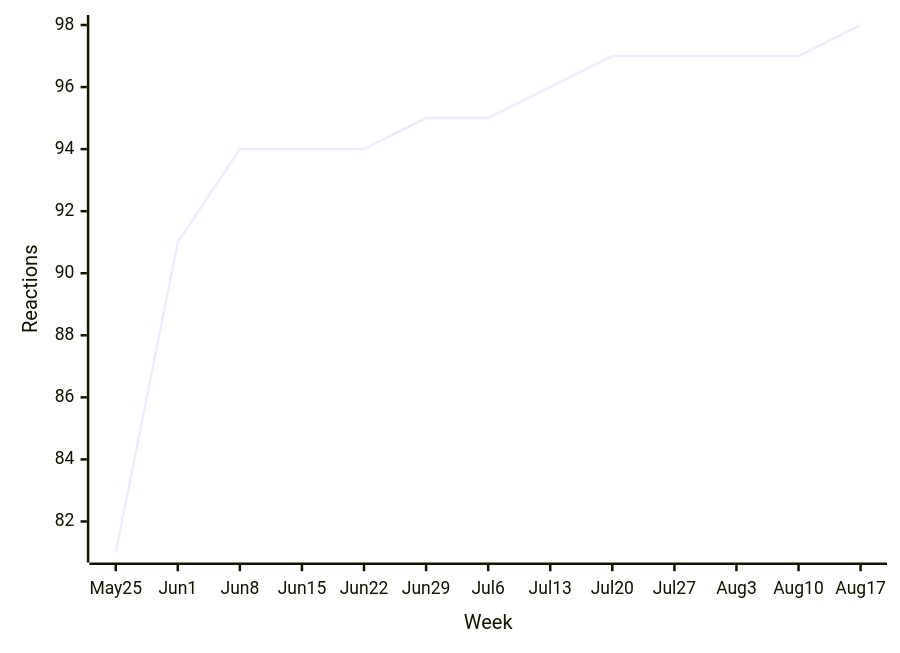
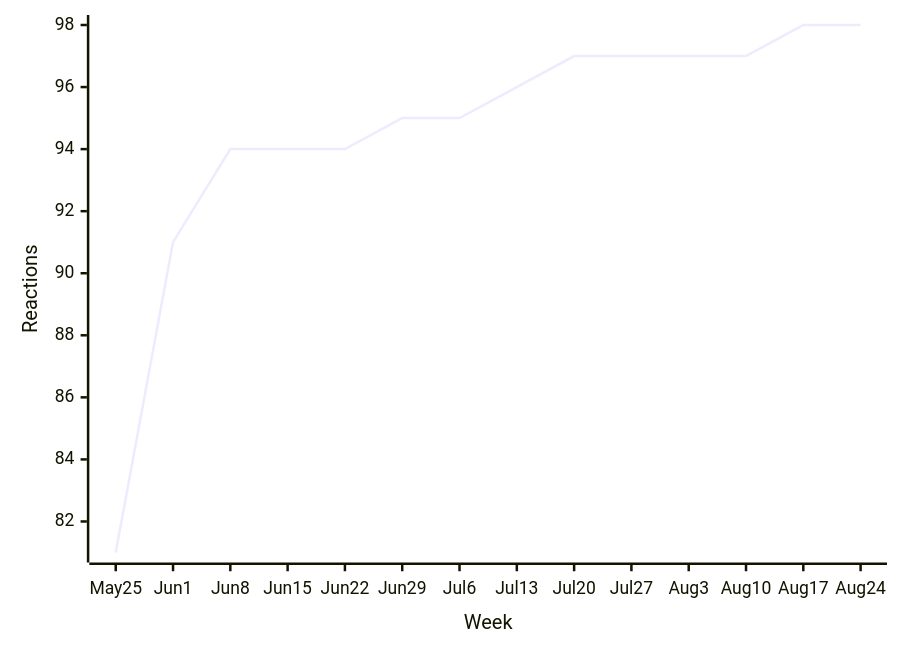
The eighth of 38 diagrams in README.md (loic-sharma/github-insights), drawn with Mermaid before and after one commit. The commit also changed other lines of this file and 3 other files, not shown here.

````diff
--- a/README.md
+++ b/README.md
@@ -443,6 +443,6 @@
   ```mermaid
   xychart-beta
-    x-axis "Week" [May 25, Jun 1, Jun 8, Jun 15, Jun 22, Jun 29, Jul 6, Jul 13, Jul 20, Jul 27, Aug 3, Aug 10, Aug 17]
+    x-axis "Week" [May 25, Jun 1, Jun 8, Jun 15, Jun 22, Jun 29, Jul 6, Jul 13, Jul 20, Jul 27, Aug 3, Aug 10, Aug 17, Aug 24]
     y-axis "Reactions"
-    line [81, 91, 94, 94, 94, 95, 95, 96, 97, 97, 97, 97, 98]
+    line [81, 91, 94, 94, 94, 95, 95, 96, 97, 97, 97, 97, 98, 98]
   ```
````
